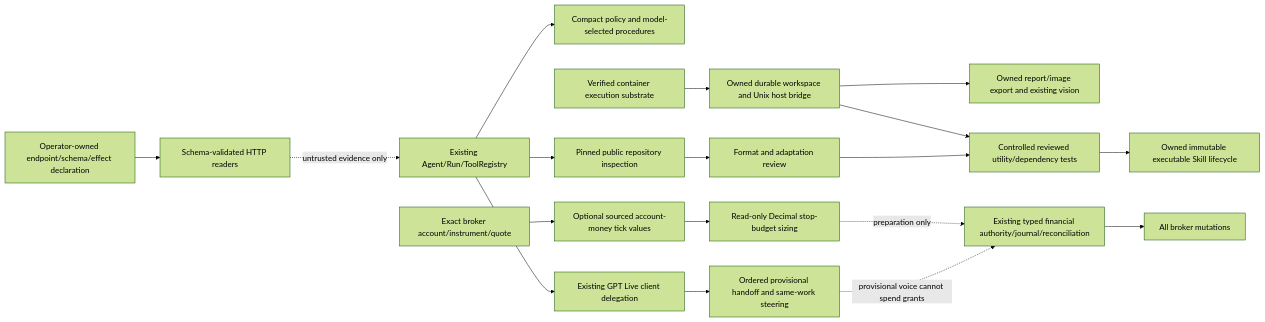
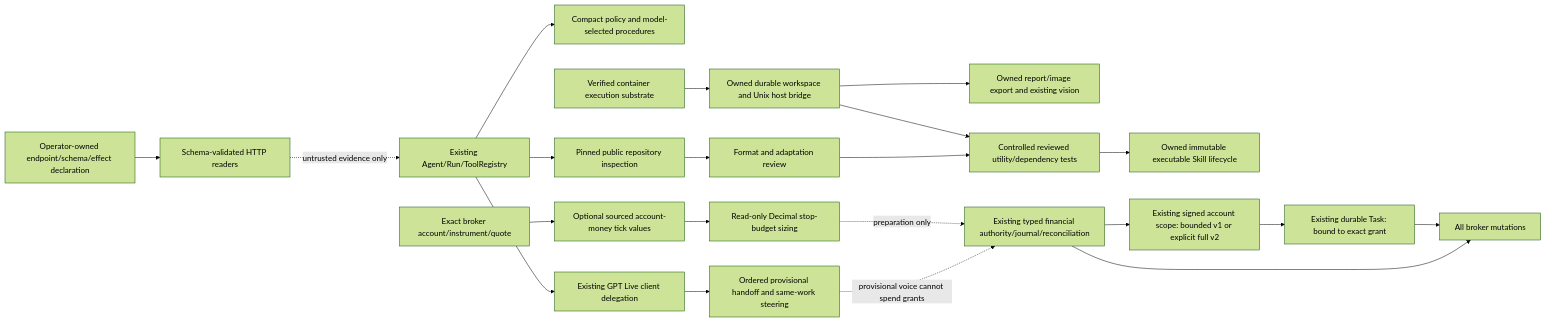
Before and after one commit to loorksy/lonorabot: the first of 3 diagrams in docs/lonora-specs/DEPENDENCY_GRAPH.md, drawn with Mermaid (forest theme). The commit also changed 7 other files, not shown here.

Commit message:
fix(trading): stop stale management tasks when authority is withdrawn

````diff
--- a/docs/lonora-specs/DEPENDENCY_GRAPH.md
+++ b/docs/lonora-specs/DEPENDENCY_GRAPH.md
@@ -11,20 +11,23 @@
 ```mermaid
 flowchart LR
   Runtime[Existing Agent/Run/ToolRegistry] --> Compact[Compact policy and model-selected procedures]
   Runtime --> Inspect[Pinned public repository inspection]
   Inspect --> Review[Format and adaptation review]
   Sandbox[Verified container execution substrate] --> Bridge[Owned durable workspace and Unix host bridge]
   Bridge --> Artifacts[Owned report/image export and existing vision]
   Bridge --> Test[Controlled reviewed utility/dependency tests]
   Review --> Test
   Test --> Lifecycle[Owned immutable executable Skill lifecycle]
   Runtime --> Voice[Existing GPT Live client delegation]
   Voice --> Handoff[Ordered provisional handoff and same-work steering]
-  Authority[Existing typed financial authority/journal/reconciliation] --> Trading[All broker mutations]
+  Authority[Existing typed financial authority/journal/reconciliation] --> Consent[Existing signed account scope: bounded v1 or explicit full v2]
+  Consent --> Kickoff[Existing durable Task: bound to exact grant]
+  Kickoff --> Trading[All broker mutations]
+  Authority --> Trading
   Broker[Exact broker account/instrument/quote] --> Economics[Optional sourced account-money tick values]
   Economics --> Sizing[Read-only Decimal stop-budget sizing]
   Sizing -. preparation only .-> Authority
   Operator[Operator-owned endpoint/schema/effect declaration] --> External[Schema-validated HTTP readers]
   External -. untrusted evidence only .-> Runtime
   Handoff -. provisional voice cannot spend grants .-> Authority
 ```
````
